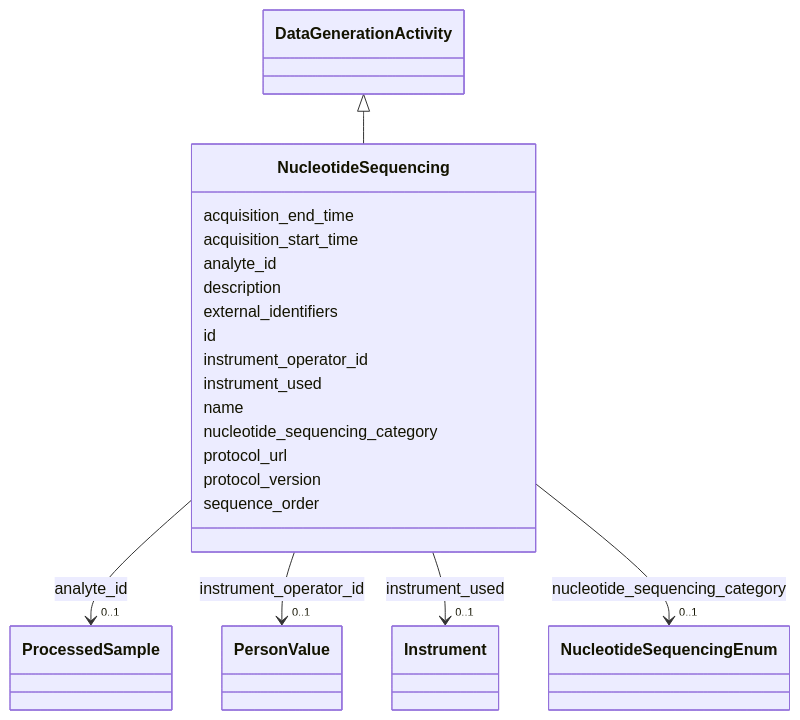
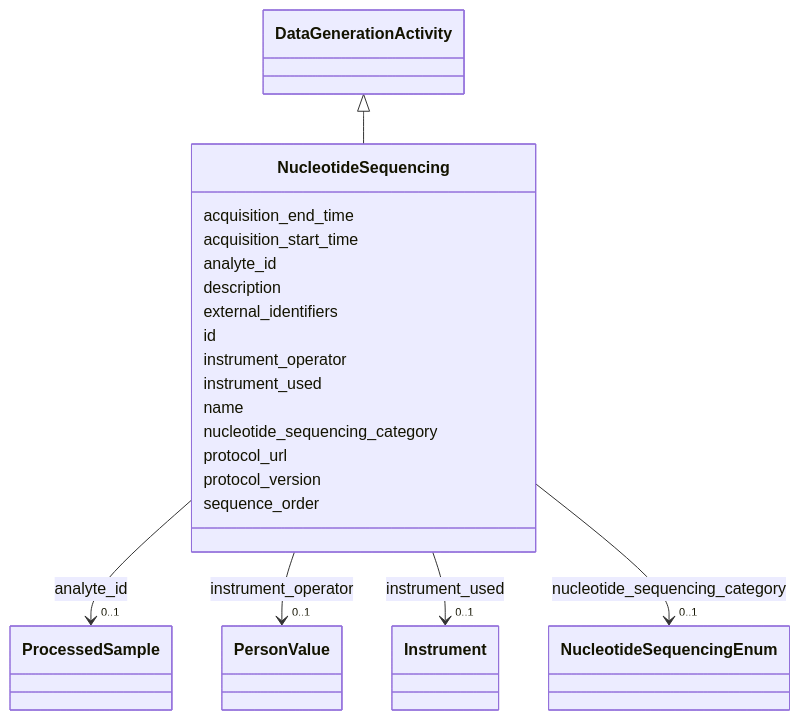
The diagram in docs/elements/NucleotideSequencing.md (EMSL-Computing/BASALT-Schema), drawn with Mermaid before and after one commit. The commit also changed other lines of this file and 550 other files, not shown here.

````diff
--- a/docs/elements/NucleotideSequencing.md
+++ b/docs/elements/NucleotideSequencing.md
@@ -18,71 +18,71 @@
 ```mermaid
  classDiagram
     class NucleotideSequencing
     click NucleotideSequencing href "../NucleotideSequencing/"
       DataGenerationActivity <|-- NucleotideSequencing
         click DataGenerationActivity href "../DataGenerationActivity/"
       
       NucleotideSequencing : acquisition_end_time
         
       NucleotideSequencing : acquisition_start_time
         
       NucleotideSequencing : analyte_id
         
           
     
         
         
         NucleotideSequencing --> "0..1" ProcessedSample : analyte_id
         click ProcessedSample href "../ProcessedSample/"
     
 
         
       NucleotideSequencing : description
         
       NucleotideSequencing : external_identifiers
         
       NucleotideSequencing : id
         
-      NucleotideSequencing : instrument_operator_id
+      NucleotideSequencing : instrument_operator
         
           
     
         
         
-        NucleotideSequencing --> "0..1" PersonValue : instrument_operator_id
+        NucleotideSequencing --> "0..1" PersonValue : instrument_operator
         click PersonValue href "../PersonValue/"
     
 
         
       NucleotideSequencing : instrument_used
         
           
     
         
         
         NucleotideSequencing --> "0..1" Instrument : instrument_used
         click Instrument href "../Instrument/"
     
 
         
       NucleotideSequencing : name
         
       NucleotideSequencing : nucleotide_sequencing_category
         
           
     
         
         
         NucleotideSequencing --> "0..1" NucleotideSequencingEnum : nucleotide_sequencing_category
         click NucleotideSequencingEnum href "../NucleotideSequencingEnum/"
     
 
         
       NucleotideSequencing : protocol_url
         
       NucleotideSequencing : protocol_version
         
       NucleotideSequencing : sequence_order
         
       
 ```
````
